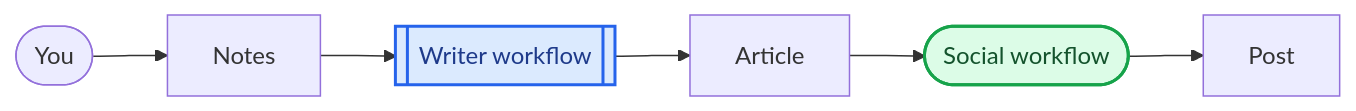
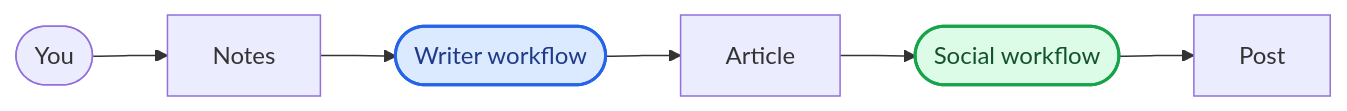
Before and after one commit to foxbit19/agentic-writer: the diagram in README.md, drawn with Mermaid.

````diff
--- a/README.md
+++ b/README.md
@@ -5,7 +5,7 @@
 ```mermaid
 flowchart LR
-    you([You]) --> notes[Notes] --> writer[[Writer workflow]] --> article[Article] --> social([Social workflow]) --> post[Post]
+    you([You]) --> notes[Notes] --> writer([Writer workflow]) --> article[Article] --> social([Social workflow]) --> post[Post]
 
     style writer fill:#dbeafe,stroke:#2563eb,stroke-width:2px,color:#1e3a8a
     style social fill:#dcfce7,stroke:#16a34a,stroke-width:2px,color:#14532d
 ```
````
